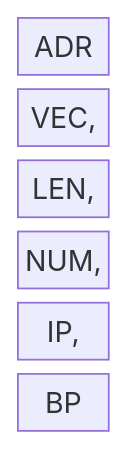
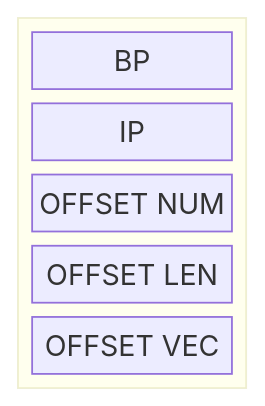
One commit to tudorcoroian17/ALP changed the diagram in Lab_09/proc-mac-write.md. Above: the diagram before and after it, drawn with Mermaid.

Commit message:
v2 for tudorial

````diff
--- a/Lab_09/proc-mac-write.md
+++ b/Lab_09/proc-mac-write.md
@@ -37,5 +37,7 @@
 ```mermaid
 block-beta
-    columns 1
-    ADR VEC, ADR LEN, ADR NUM, IP, BP
+    block
+        columns 1
+        BP IP c["OFFSET NUM"] d["OFFSET LEN"] e["OFFSET VEC"]
+    end
 ```
````
